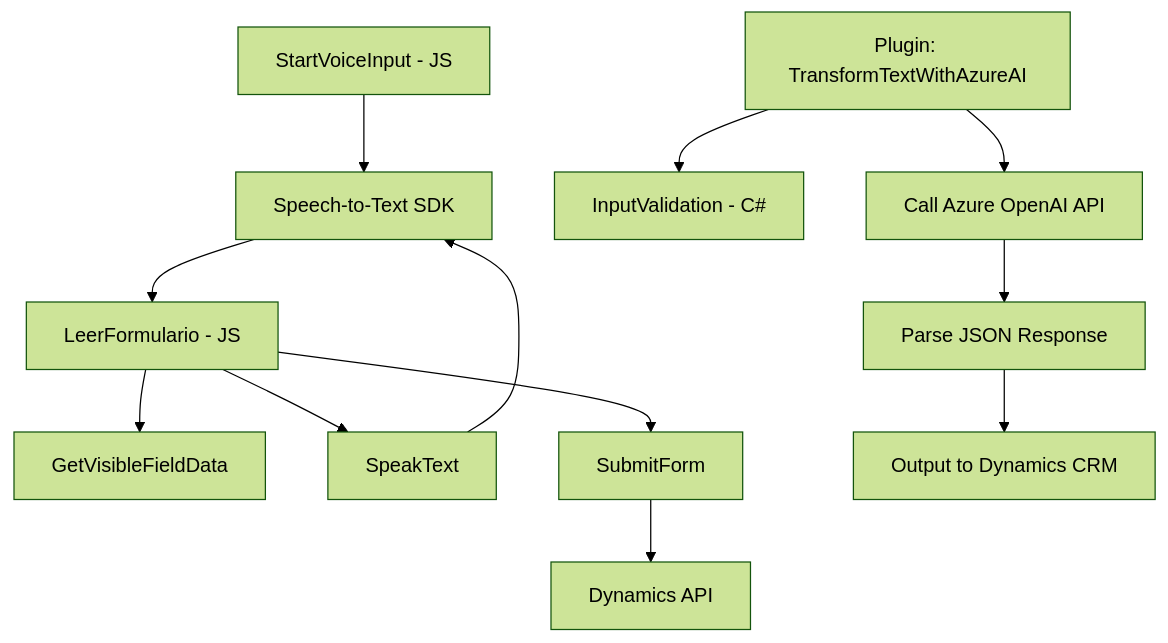
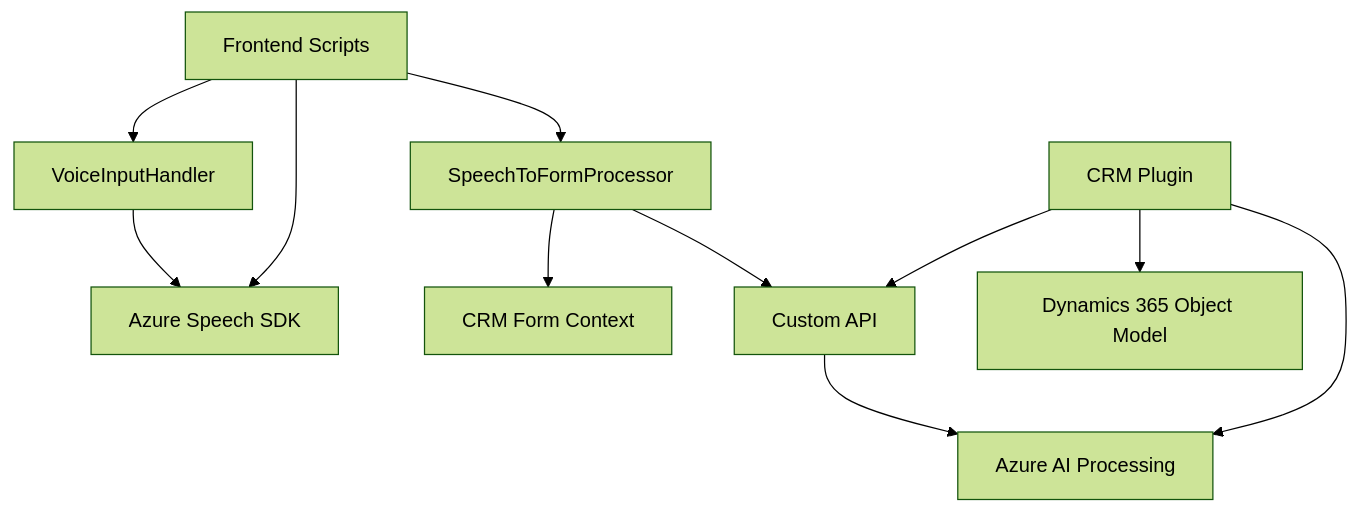
The diagram in README.md (blopezdm/NETCORE_BILBAO2025), drawn with Mermaid (forest theme) before and after one commit. The commit also changed other lines of this file, not shown here.

````diff
--- a/README.md
+++ b/README.md
@@ -34,17 +47,14 @@
 ```mermaid
 graph TD
-  A["StartVoiceInput - JS"] --> B["Speech-to-Text SDK"]
-  B --> C["LeerFormulario - JS"]
-  C --> D["GetVisibleFieldData"]
-  C --> E["SpeakText"]
-  E --> B
-  
-  C --> F["SubmitForm"]
-  F --> G["Dynamics API"]
-  
-  H["Plugin: TransformTextWithAzureAI"]
-  H --> I["InputValidation - C#"]
-  H --> J["Call Azure OpenAI API"]
-  J --> K["Parse JSON Response"]
-  K --> L["Output to Dynamics CRM"]
+A["Frontend Scripts"] --> B["VoiceInputHandler"]
+A --> C["SpeechToFormProcessor"]
+B --> D["Azure Speech SDK"]
+C --> E["CRM Form Context"]
+C --> F["Custom API"]
+A --> D
+F --> G["Azure AI Processing"]
+
+H["CRM Plugin"] --> F
+H --> G
+H --> I["Dynamics 365 Object Model"]
 ```
````
